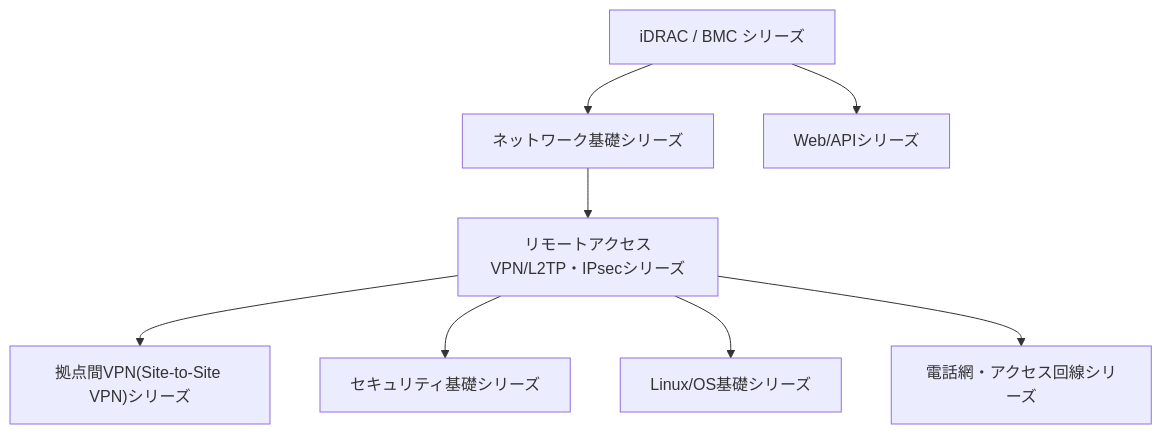
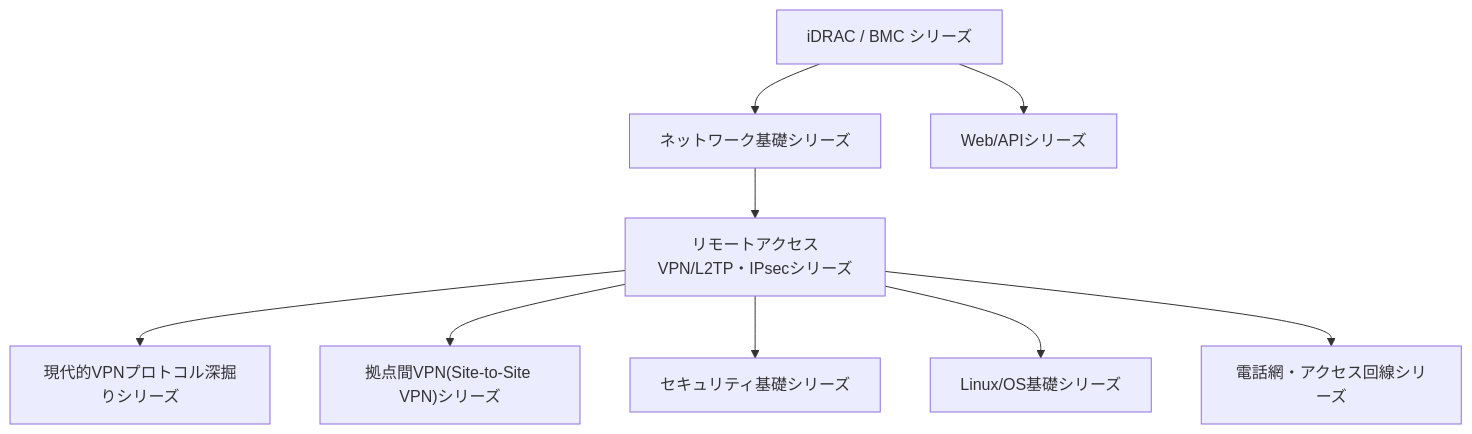
Before and after one commit to koikoi1998/koikoi-blog-20260723: the diagram in src/pages/sitemap.md, drawn with Mermaid. The commit also changed other lines of this file and 21 other files, not shown here.

````diff
--- a/src/pages/sitemap.md
+++ b/src/pages/sitemap.md
@@ -24,19 +24,21 @@
 ```mermaid
 graph TB
     Idrac["iDRAC / BMC シリーズ"]
     Network["ネットワーク基礎シリーズ"]
     Vpn["リモートアクセスVPN/L2TP・IPsecシリーズ"]
+    ModernVpn["現代的VPNプロトコル深掘りシリーズ"]
     SiteToSite["拠点間VPN(Site-to-Site VPN)シリーズ"]
     Security["セキュリティ基礎シリーズ"]
     Linux["Linux/OS基礎シリーズ"]
     Telephony["電話網・アクセス回線シリーズ"]
     Api["Web/APIシリーズ"]
 
     Idrac --> Network
     Idrac --> Api
     Network --> Vpn
+    Vpn --> ModernVpn
     Vpn --> SiteToSite
     Vpn --> Security
     Vpn --> Linux
     Vpn --> Telephony
 ```
````
